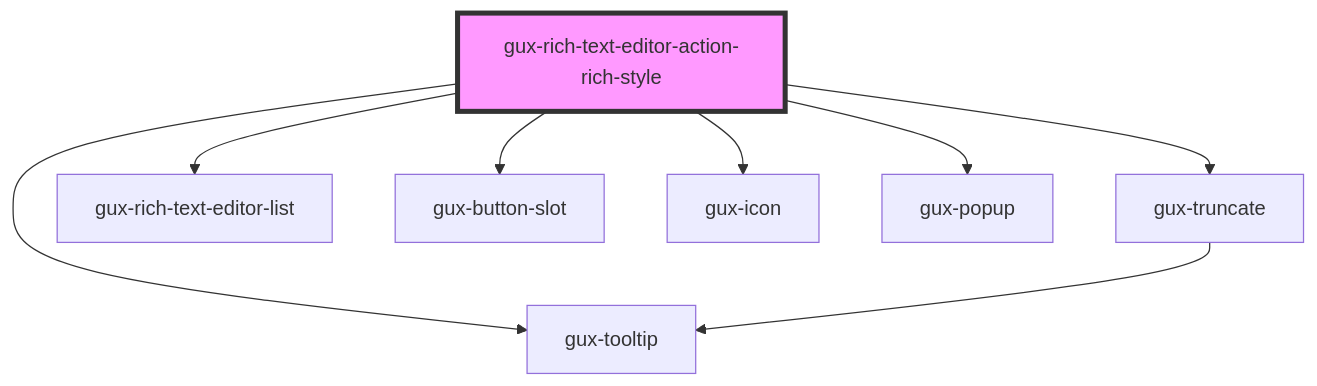
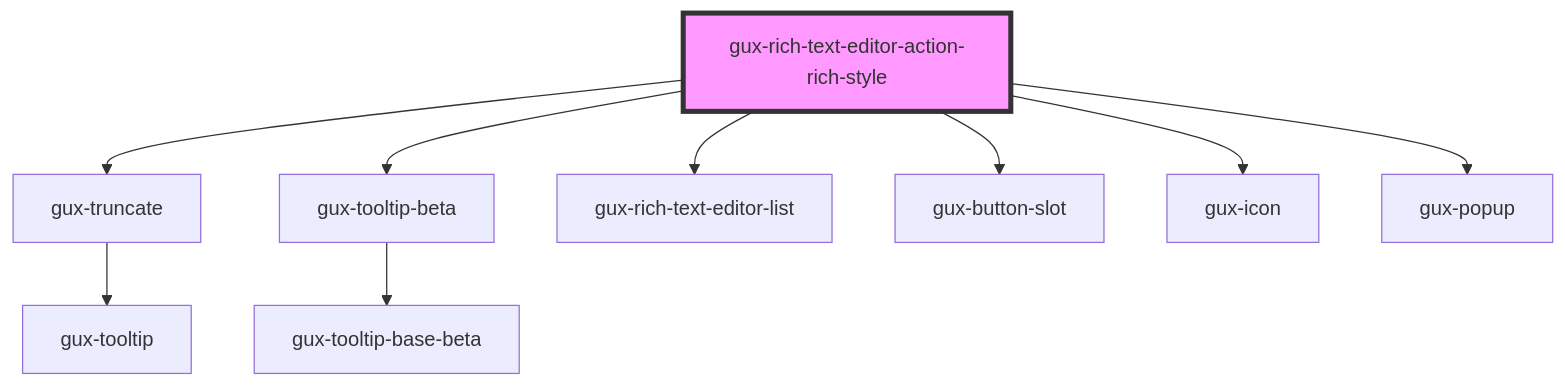
The diagram in packages/genesys-spark-components/src/components/beta/gux-rich-text-editor/gux-rich-text-editor-action/gux-rich-text-editor-action-rich-style/readme.md (MyPureCloud/genesys-spark), drawn with Mermaid before and after one commit. The commit also changed other lines of this file and 11 other files, not shown here.

````diff
--- a/packages/genesys-spark-components/src/components/beta/gux-rich-text-editor/gux-rich-text-editor-action/gux-rich-text-editor-action-rich-style/readme.md
+++ b/packages/genesys-spark-components/src/components/beta/gux-rich-text-editor/gux-rich-text-editor-action/gux-rich-text-editor-action-rich-style/readme.md
@@ -35,11 +35,12 @@
 ```mermaid
 graph TD;
   gux-rich-text-editor-action-rich-style --> gux-truncate
-  gux-rich-text-editor-action-rich-style --> gux-tooltip
+  gux-rich-text-editor-action-rich-style --> gux-tooltip-beta
   gux-rich-text-editor-action-rich-style --> gux-rich-text-editor-list
   gux-rich-text-editor-action-rich-style --> gux-button-slot
   gux-rich-text-editor-action-rich-style --> gux-icon
   gux-rich-text-editor-action-rich-style --> gux-popup
   gux-truncate --> gux-tooltip
+  gux-tooltip-beta --> gux-tooltip-base-beta
   style gux-rich-text-editor-action-rich-style fill:#f9f,stroke:#333,stroke-width:4px
 ```
````
